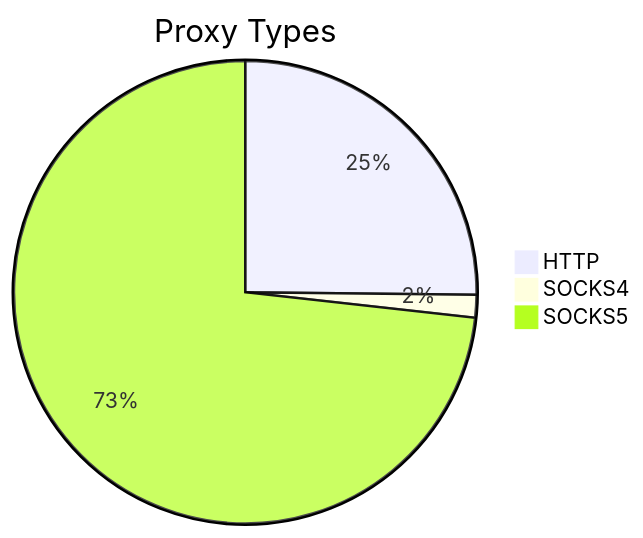
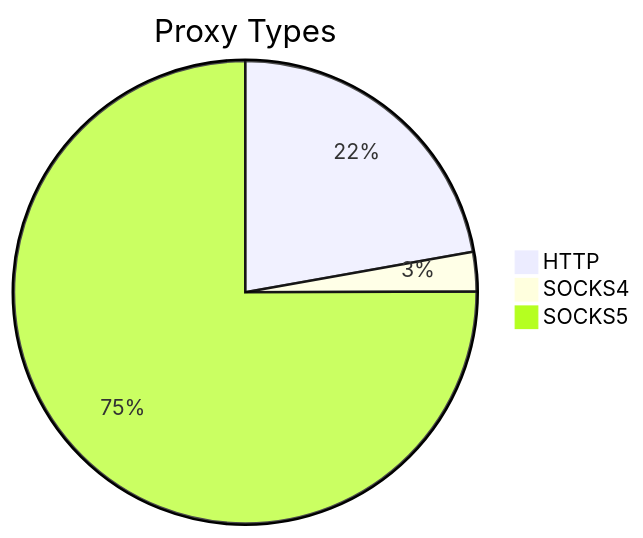
Before and after one commit to stormsia/proxy-list: the first of 2 diagrams in README.md, drawn with Mermaid. The commit also changed other lines of this file, not shown here.

````diff
--- a/README.md
+++ b/README.md
@@ -21,6 +21,6 @@
 ```mermaid
 pie title Proxy Types
-    "HTTP" : 111
-    "SOCKS4" : 7
-    "SOCKS5" : 323
+    "HTTP" : 105
+    "SOCKS4" : 13
+    "SOCKS5" : 355
 ```
````
